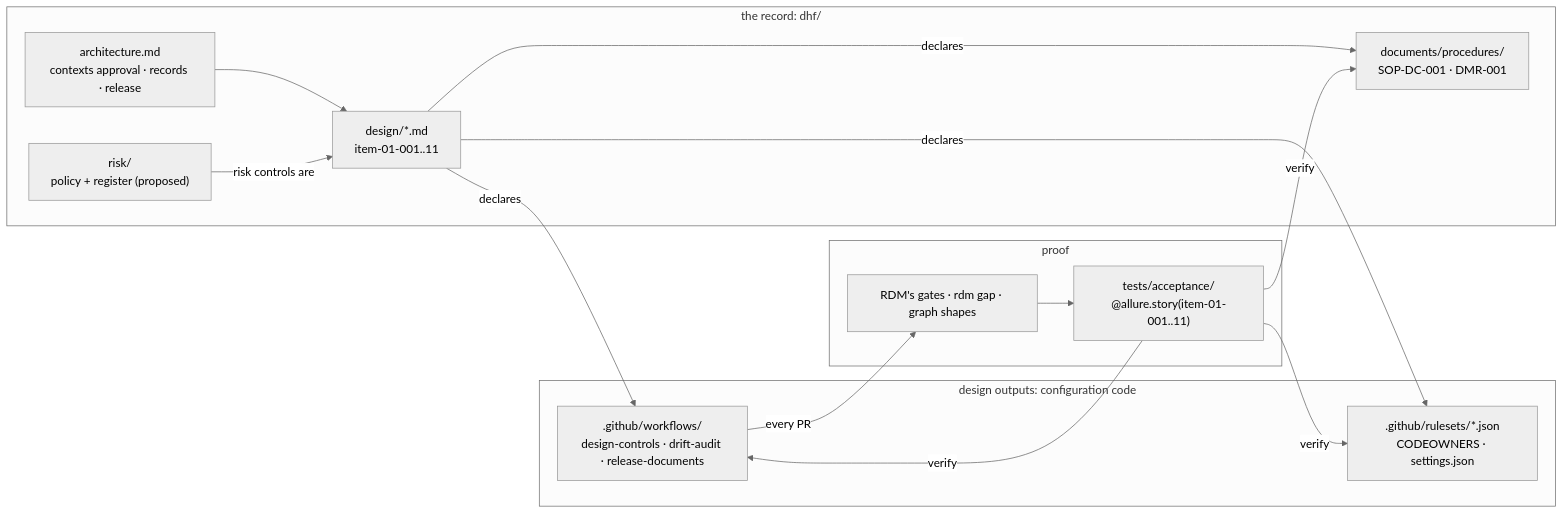
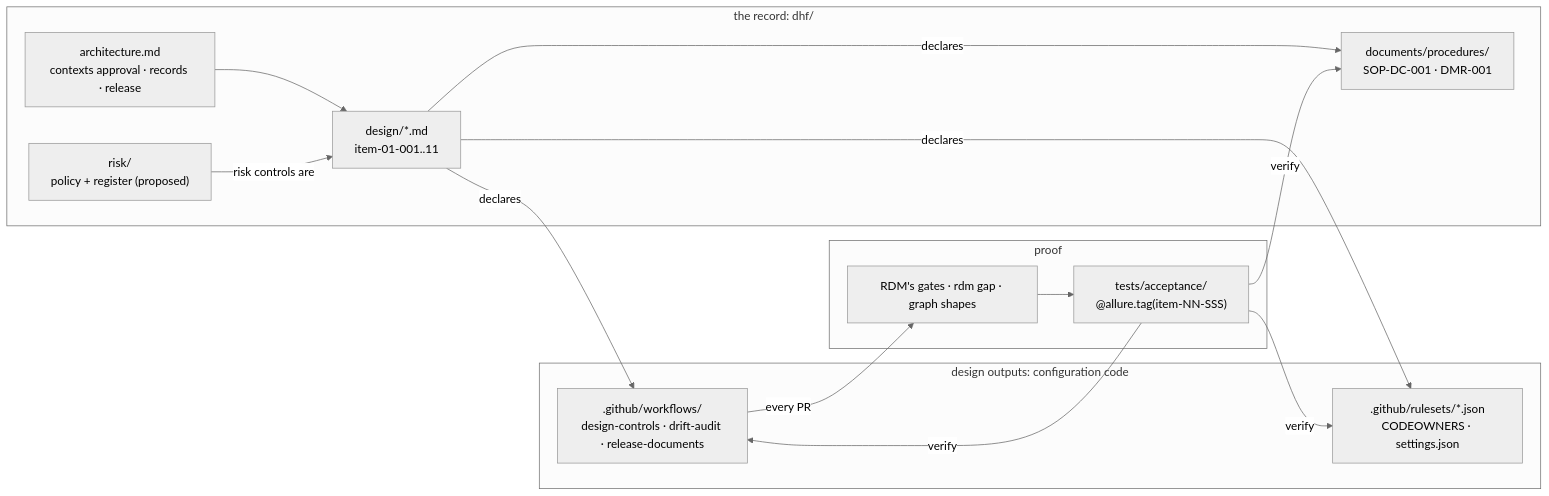
One commit to scope-impact/rdm changed the diagram in examples/github-document-control/README.md. Above: the diagram before and after it, drawn with Mermaid (neutral theme). The commit also changed other lines of this file and 30 other files, not shown here.

````diff
--- a/examples/github-document-control/README.md
+++ b/examples/github-document-control/README.md
@@ -14,23 +14,23 @@
 ```mermaid
 flowchart LR
     subgraph record["the record: dhf/"]
         ARCH["architecture.md<br>contexts approval · records · release"]
         DI["design/*.md<br>item-01-001..11"]
         RISK["risk/<br>policy + register (proposed)"]
         SOP["documents/procedures/<br>SOP-DC-001 · DMR-001"]
     end
     subgraph outputs["design outputs: configuration code"]
         RULES[".github/rulesets/*.json<br>CODEOWNERS · settings.json"]
         CI[".github/workflows/<br>design-controls · drift-audit · release-documents"]
     end
     subgraph proof["proof"]
-        TESTS["tests/acceptance/<br>@allure.story(item-01-001..11)"]
+        TESTS["tests/acceptance/<br>@allure.tag(item-NN-SSS)"]
         GATES["RDM's gates · rdm gap · graph shapes"]
     end
     ARCH --> DI
     RISK -->|risk controls are| DI
     DI -->|declares| RULES & CI & SOP
     TESTS -->|verify| RULES & CI & SOP
     CI -->|every PR| GATES
     GATES --> TESTS
 ```
````
